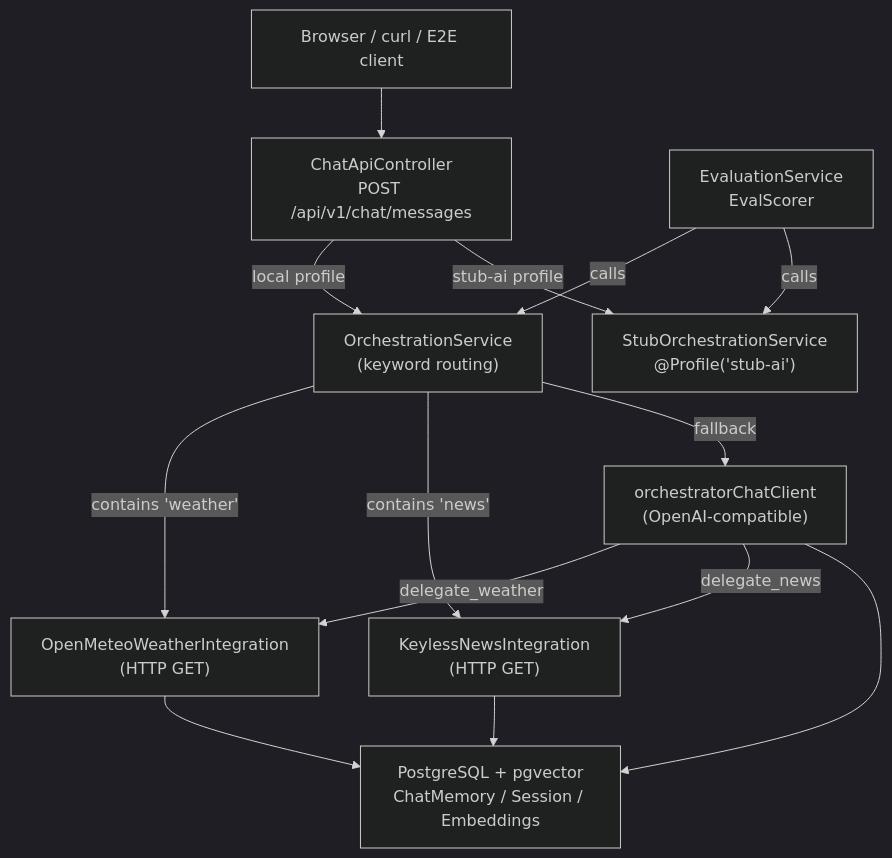
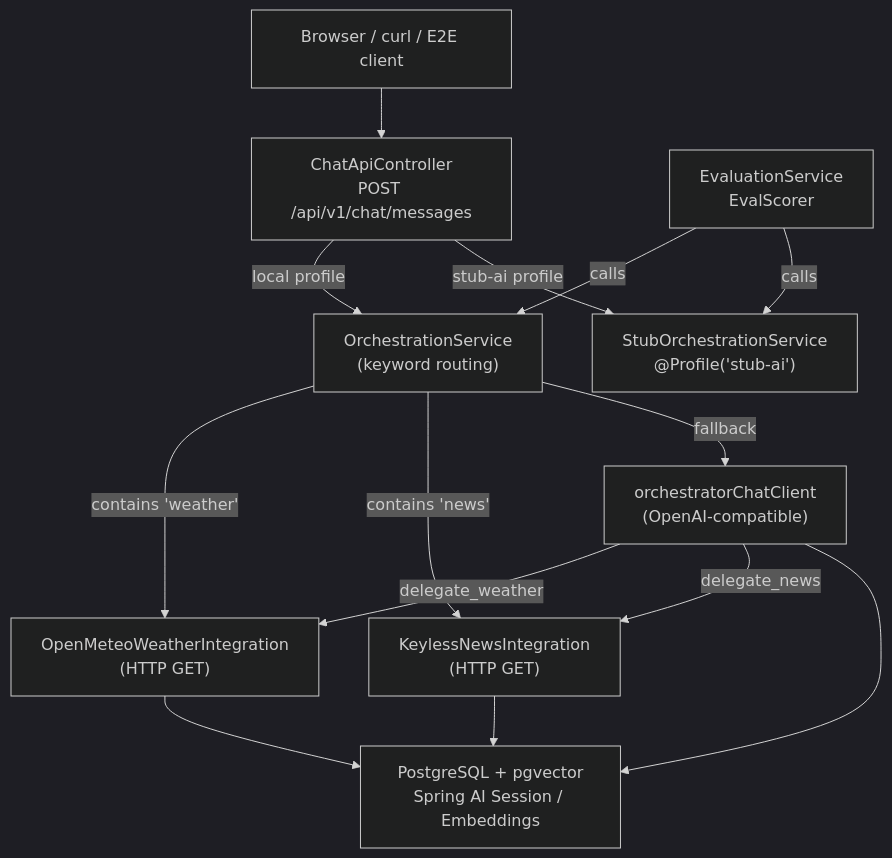
One commit to berdachuk/ai-architect-6-agents changed the first of 5 diagrams in docs/TECHNICAL-OVERVIEW.md. Above: the diagram before and after it, drawn with Mermaid (dark theme). The commit also changed other lines of this file and 23 other files, not shown here.

````diff
--- a/docs/TECHNICAL-OVERVIEW.md
+++ b/docs/TECHNICAL-OVERVIEW.md
@@ -9,26 +9,26 @@
 ```mermaid
 flowchart TB
     Client["Browser / curl / E2E client"]
     REST["ChatApiController<br/>POST /api/v1/chat/messages"]
     Orchestrator["OrchestrationService<br/>(keyword routing)"]
     StubOrch["StubOrchestrationService<br/>@Profile('stub-ai')"]
     LLM["orchestratorChatClient<br/>(OpenAI-compatible)"]
     Weather["OpenMeteoWeatherIntegration<br/>(HTTP GET)"]
     News["KeylessNewsIntegration<br/>(HTTP GET)"]
-    PG["PostgreSQL + pgvector<br/>ChatMemory / Session / Embeddings"]
+    PG["PostgreSQL + pgvector<br/>Spring AI Session / Embeddings"]
     Eval["EvaluationService<br/>EvalScorer"]
 
     Client --> REST
     REST -->|local profile| Orchestrator
     REST -->|stub-ai profile| StubOrch
     Orchestrator -->|contains 'weather'| Weather
     Orchestrator -->|contains 'news'| News
     Orchestrator -->|fallback| LLM
     LLM -->|delegate_weather| Weather
     LLM -->|delegate_news| News
     LLM --> PG
     Weather --> PG
     News --> PG
     Eval -->|calls| Orchestrator
     Eval -->|calls| StubOrch
 ```
````
